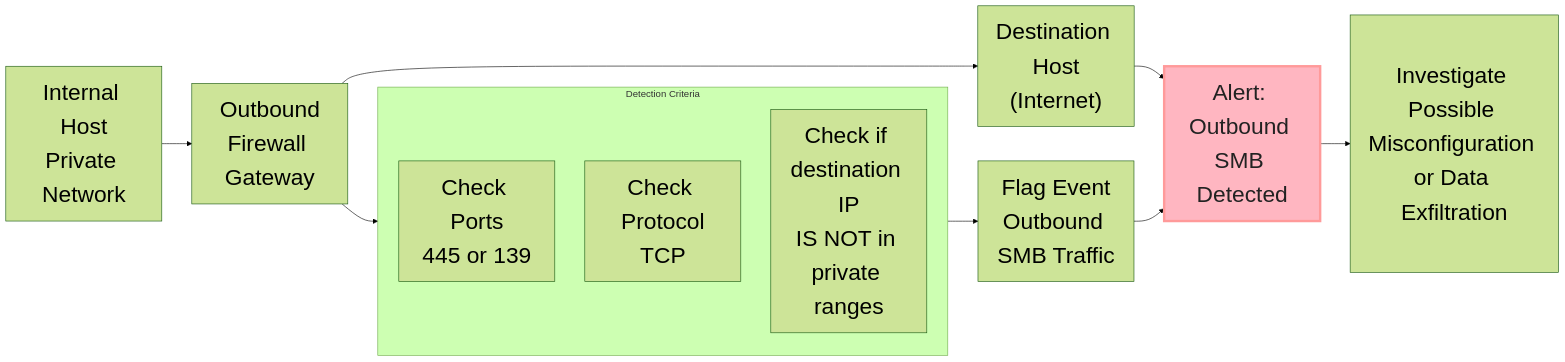
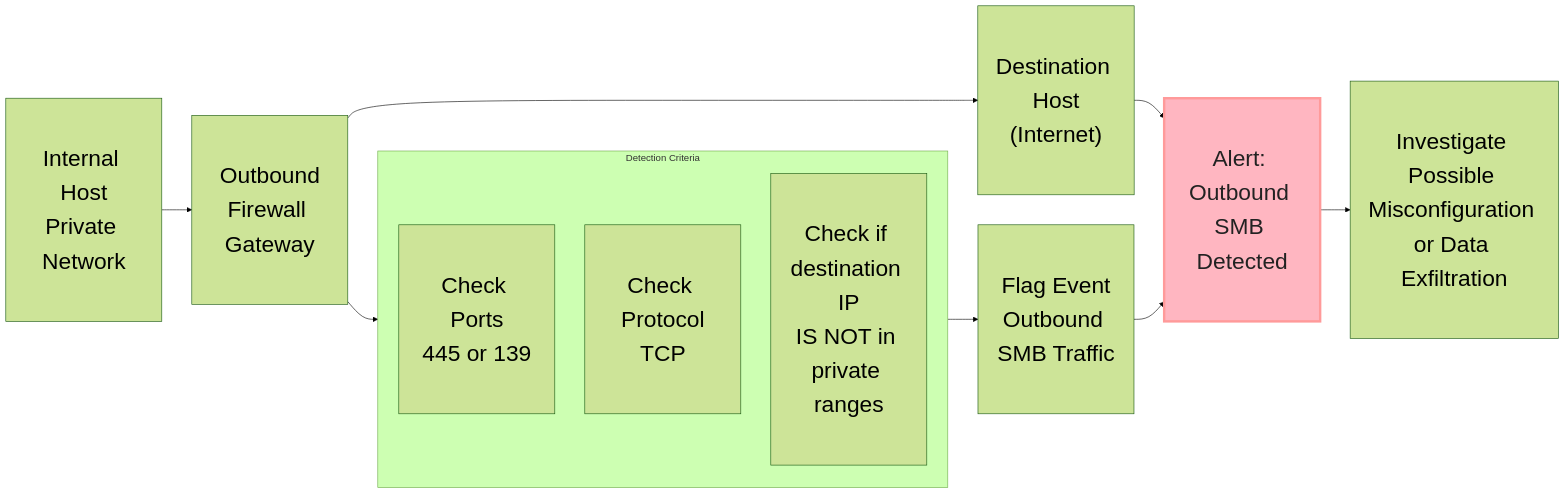
One commit to gcastill0/project-07-SIEM-Detections changed the diagram in Cisco-Meraki-MX-Firewall.md. Above: the diagram before and after it, drawn with Mermaid (forest theme).

Commit message:
Adding new sources

````diff
--- a/Cisco-Meraki-MX-Firewall.md
+++ b/Cisco-Meraki-MX-Firewall.md
@@ -15,29 +15,29 @@
 ```mermaid
 flowchart LR
  subgraph SB["Detection Criteria"]
-        E["Check Ports<br>445 or 139"]
-        D["Check Protocol<br>TCP"]
-        F["Check if destination IP<br>IS NOT in private ranges"]
+        E["<br>Check Ports<br>445 or 139<br><br>"]
+        D["<br>Check Protocol<br>TCP<br><br>"]
+        F["<br>Check if destination IP<br>IS NOT in private ranges<br><br>"]
   end
   
-    A["Internal Host<br>Private Network"]
-    B["Outbound<br>Firewall Gateway"]
-    C["Destination Host<br>(Internet)"]
+    A["<br>Internal Host<br>Private Network<br><br>"]
+    B["<br>Outbound<br>Firewall Gateway<br><br>"]
+    C["<br>Destination Host<br>(Internet)<br><br>"]
     A --> B
     B --> C
     C --> H
     B --> SB
-    SB --> G["Flag Event<br>Outbound SMB Traffic"]
-    G --> H["Alert: Outbound SMB Detected"]
+    SB --> G["<br>Flag Event<br>Outbound SMB Traffic<br><br>"]
+    G --> H["<br>Alert: Outbound SMB Detected<br><br>"]
     H --> I["<br>Investigate Possible Misconfiguration or Data Exfiltration<br><br>"]
 
     style A font-size:2.4ch;
     style B font-size:2.4ch;
     style C font-size:2.4ch;
     style D font-size:2.4ch;
     style E font-size:2.4ch;
     style F font-size:2.4ch;
     style G font-size:2.4ch;
     style H font-size:2.4ch, stroke:#FF9A9A, stroke-width:4px, color:#222222, fill:lightpink;
     style I font-size:2.4ch;
 ```
````
